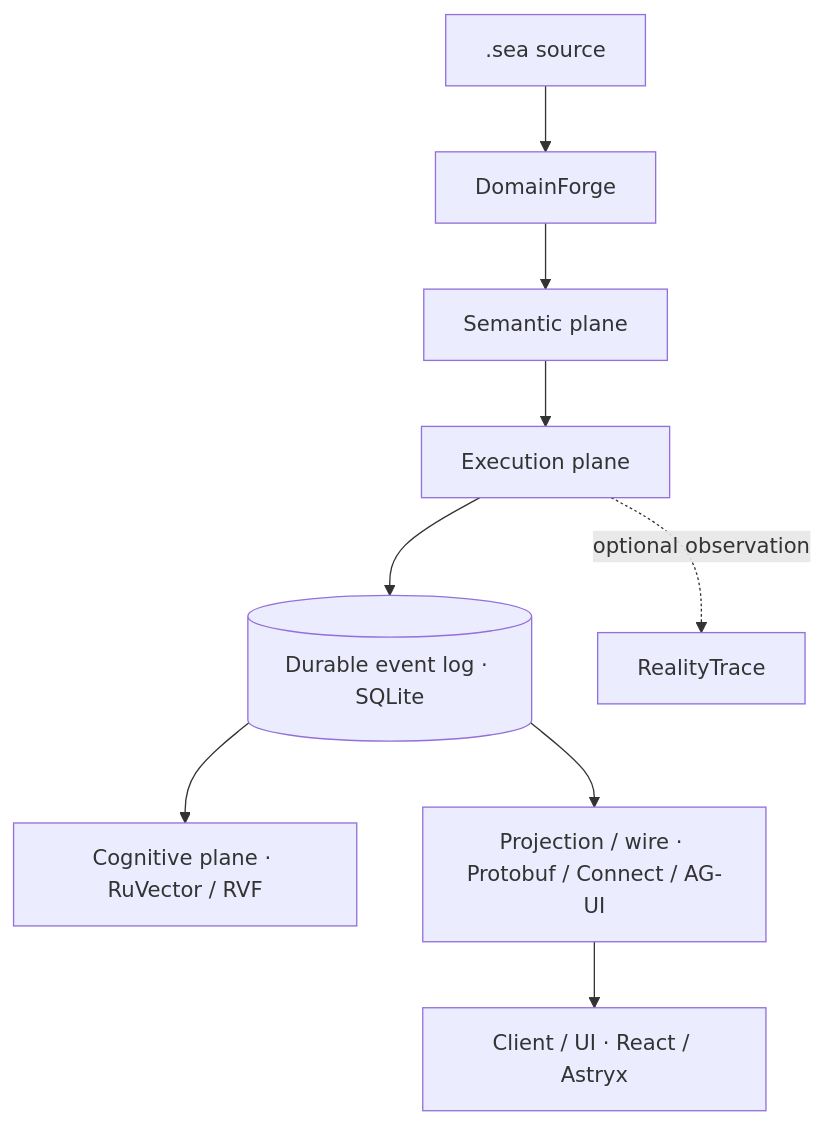
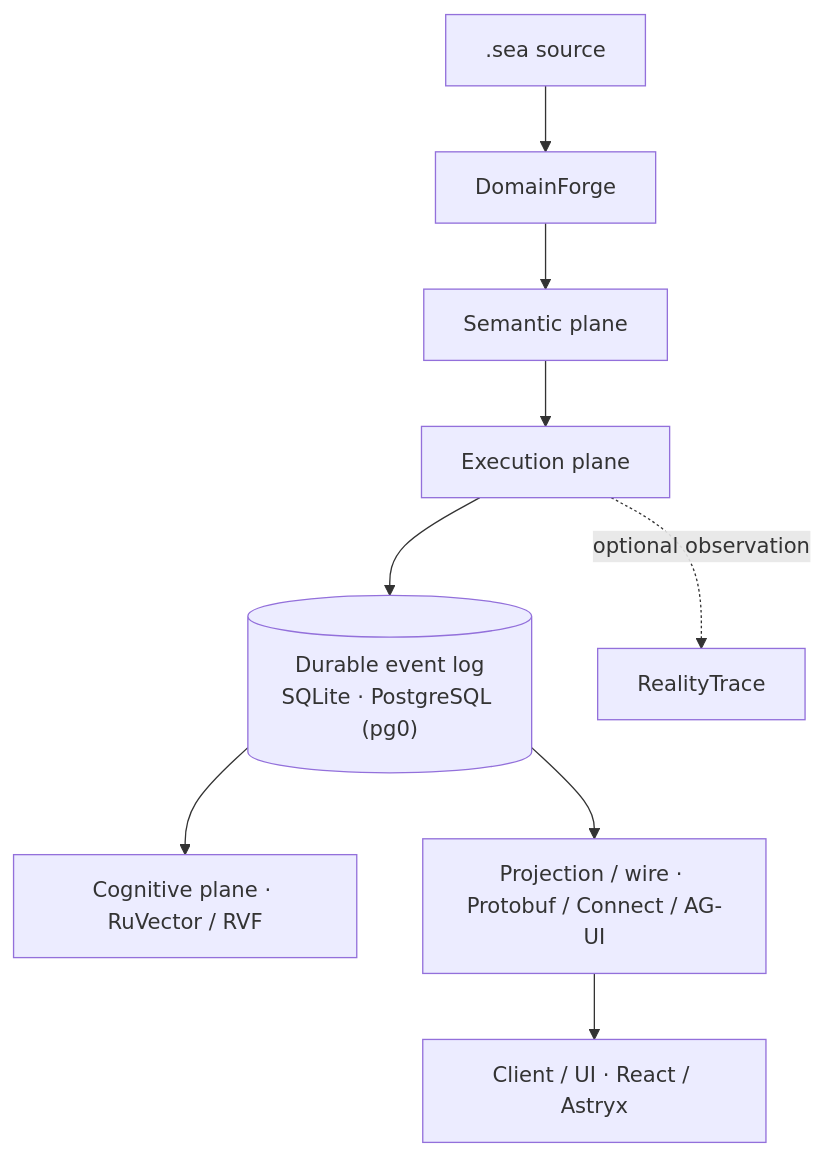
One commit to GodSpeedAI/Cognate changed the first of 2 diagrams in docs/architecture.md. Above: the diagram before and after it, drawn with Mermaid. The commit also changed other lines of this file and 12 other files, not shown here.

````diff
--- a/docs/architecture.md
+++ b/docs/architecture.md
@@ -5,10 +7,10 @@
 ```mermaid
 flowchart TD
     sea[".sea source"] --> forge["DomainForge"] --> semantic["Semantic plane"]
     semantic --> execution["Execution plane"]
-    execution --> log[("Durable event log · SQLite")]
+    execution --> log[("Durable event log<br/>SQLite · PostgreSQL (pg0)")]
     execution -. optional observation .-> trace["RealityTrace"]
     log --> cognition["Cognitive plane · RuVector / RVF"]
     log --> projection["Projection / wire · Protobuf / Connect / AG-UI"]
     projection --> client["Client / UI · React / Astryx"]
 ```
````
